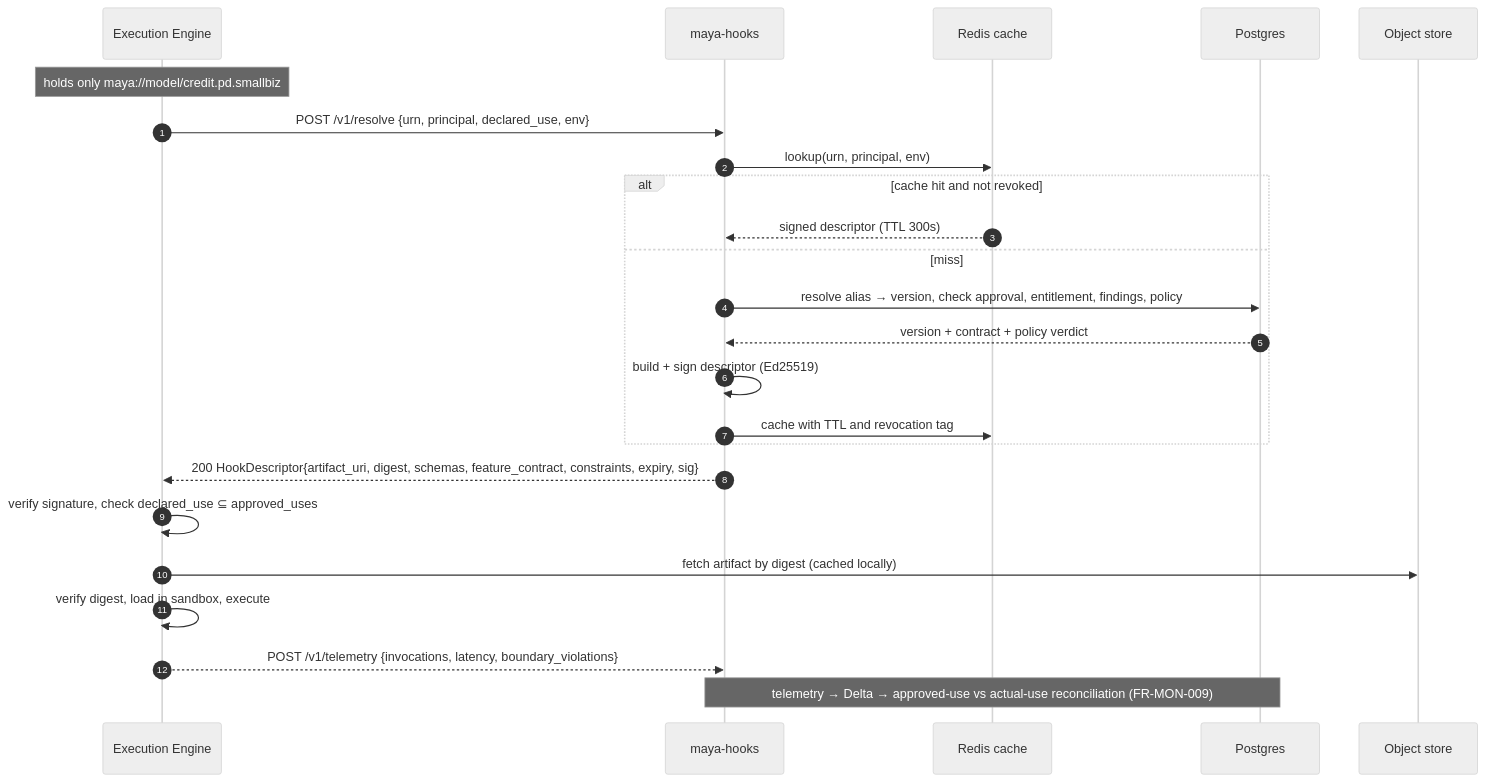
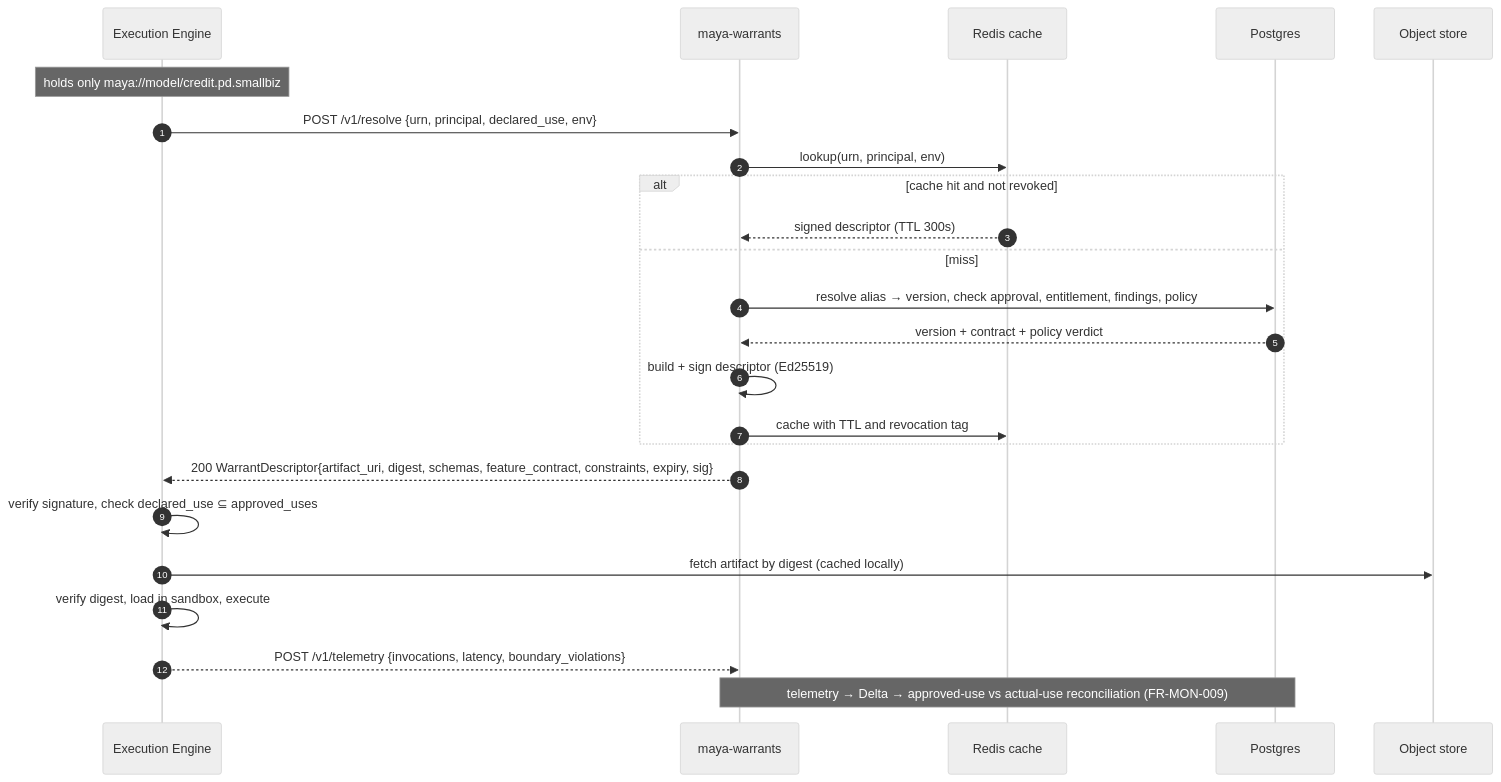
One commit to ajsinha/maya changed the sixth of 11 diagrams in docs/04-architecture.md. Above: the diagram before and after it, drawn with Mermaid (neutral theme). The commit also changed other lines of this file and 50 other files, not shown here.

````diff
--- a/docs/04-architecture.md
+++ b/docs/04-architecture.md
@@ -674,27 +674,27 @@
 ```mermaid
 sequenceDiagram
     autonumber
     participant E as Execution Engine
-    participant H as maya-hooks
+    participant H as maya-warrants
     participant R as Redis cache
     participant P as Postgres
     participant O as Object store
 
     Note over E: holds only maya://model/credit.pd.smallbiz#champion
     E->>H: POST /v1/resolve {urn, principal, declared_use, env}
     H->>R: lookup(urn, principal, env)
     alt cache hit and not revoked
         R-->>H: signed descriptor (TTL 300s)
     else miss
         H->>P: resolve alias → version, check approval, entitlement, findings, policy
         P-->>H: version + contract + policy verdict
         H->>H: build + sign descriptor (Ed25519)
         H->>R: cache with TTL and revocation tag
     end
-    H-->>E: 200 HookDescriptor{artifact_uri, digest, schemas, feature_contract, constraints, expiry, sig}
+    H-->>E: 200 WarrantDescriptor{artifact_uri, digest, schemas, feature_contract, constraints, expiry, sig}
     E->>E: verify signature, check declared_use ⊆ approved_uses
     E->>O: fetch artifact by digest (cached locally)
     E->>E: verify digest, load in sandbox, execute
     E-->>H: POST /v1/telemetry {invocations, latency, boundary_violations}
     Note over H,P: telemetry → Delta → approved-use vs actual-use reconciliation (FR-MON-009)
 ```
````
